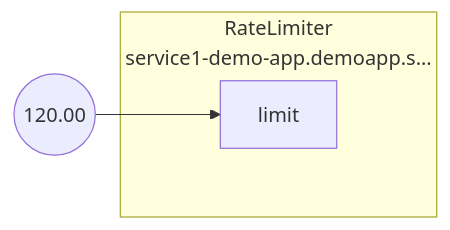
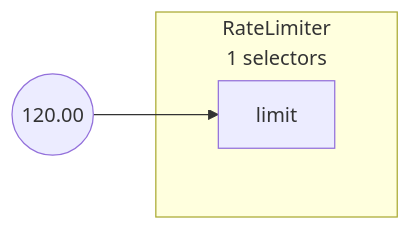
One commit to dataongunlaws/aperture changed the diagram in docs/content/tutorials/flow-control/rate-limiting/assets/static-rate-limiting/static-rate-limiting.mmd. Above: the diagram before and after it, drawn with Mermaid. The commit also changed 199 other files, not shown here.

```diff
--- a/docs/content/tutorials/flow-control/rate-limiting/assets/static-rate-limiting/static-rate-limiting.mmd
+++ b/docs/content/tutorials/flow-control/rate-limiting/assets/static-rate-limiting/static-rate-limiting.mmd
@@ -1,9 +1,9 @@
 flowchart LR
-subgraph root.0[<center>RateLimiter<br/>service1-demo-app.demoapp.s...</center>]
+subgraph root.0[<center>RateLimiter<br/>1 selectors</center>]
 subgraph root.0_inports[ ]
 style root.0_inports fill:none,stroke:none
 root.0limit[limit]
 end
 end
 root.0_limit_FakeConstantout((120.00))
 root.0_limit_FakeConstantout --> root.0limit
```
